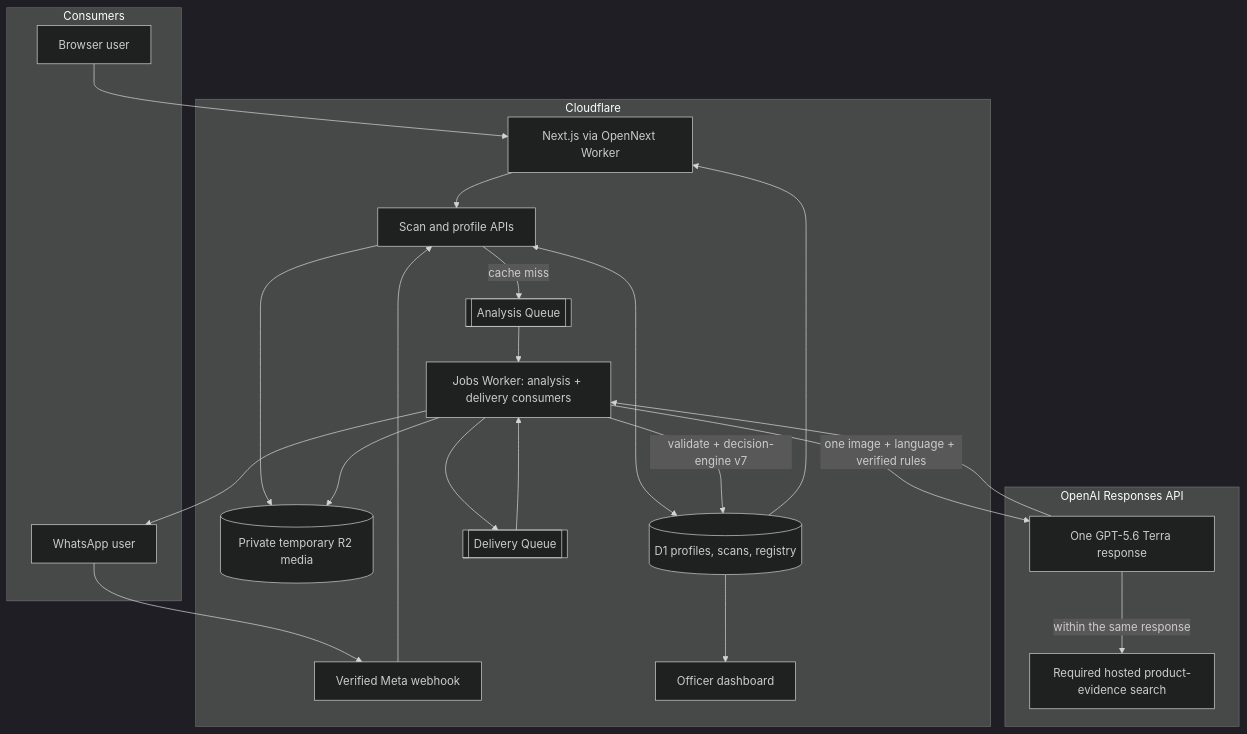
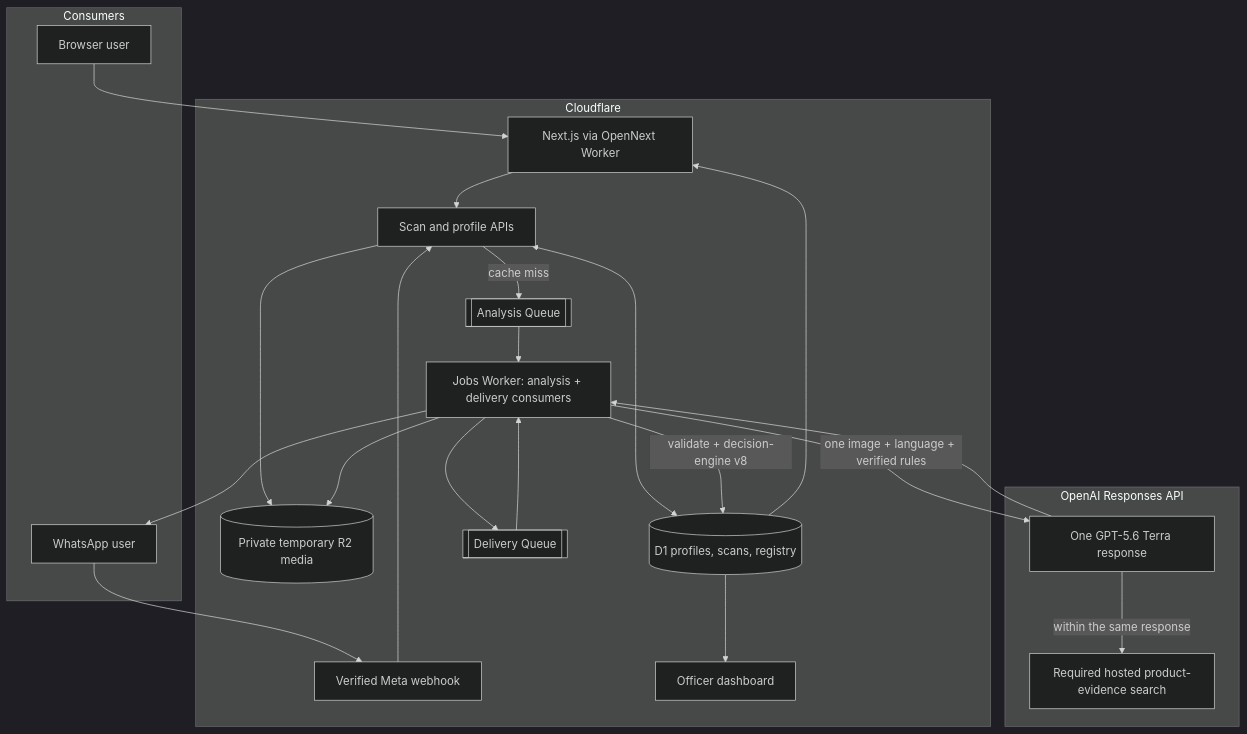
One commit to swapnilskumbhar/front-of-pack changed the second of 2 diagrams in docs/HLD.md. Above: the diagram before and after it, drawn with Mermaid (dark theme). The commit also changed other lines of this file and 31 other files, not shown here.

````diff
--- a/docs/HLD.md
+++ b/docs/HLD.md
@@ -144,43 +144,43 @@
 ```mermaid
 flowchart TB
     subgraph Consumers
         WEBUSER[Browser user]
         WAUSER[WhatsApp user]
     end
 
     subgraph "Cloudflare"
         WEB[Next.js via OpenNext Worker]
         WA[Verified Meta webhook]
         API[Scan and profile APIs]
         R2[(Private temporary R2 media)]
         D1[(D1 profiles, scans, registry)]
         AQ[[Analysis Queue]]
         JOBS[Jobs Worker: analysis + delivery consumers]
         DQ[[Delivery Queue]]
         OFFICER[Officer dashboard]
     end
 
     subgraph "OpenAI Responses API"
         TERRA[One GPT-5.6 Terra response]
         SEARCH[Required hosted product-evidence search]
     end
 
     WEBUSER --> WEB
     WAUSER --> WA
     WEB --> API
     WA --> API
     API <--> D1
     API --> R2
     API -->|cache miss| AQ
     AQ --> JOBS
     JOBS --> R2
     JOBS -->|one image + language + verified rules| TERRA
     TERRA -->|within the same response| SEARCH
     TERRA --> JOBS
-    JOBS -->|validate + decision-engine v7| D1
+    JOBS -->|validate + decision-engine v8| D1
     JOBS --> DQ
     DQ --> JOBS
     JOBS --> WAUSER
     D1 --> WEB
     D1 --> OFFICER
 ```
````
